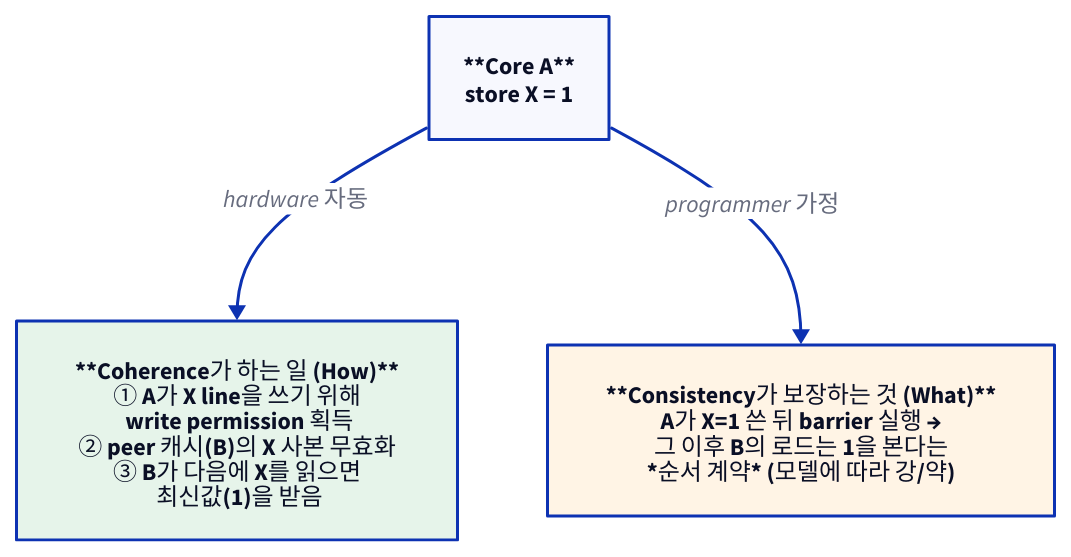
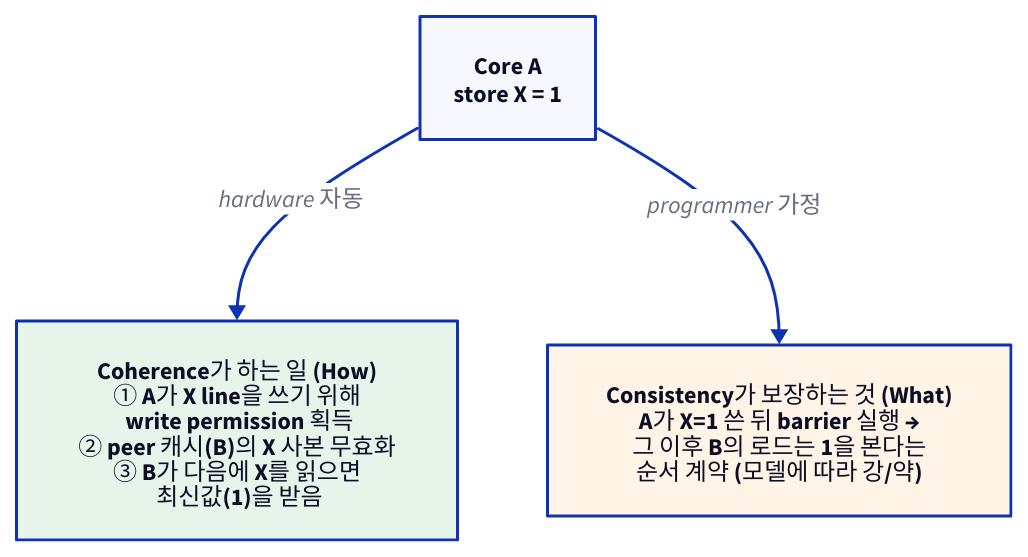
Before and after one commit to humbleowl39/DV_SKOOL: the second of 2 diagrams in starlight_site/src/content/docs/cache_coherence/01_consistency_vs_coherence.md, drawn with D2. The commit also changed other lines of this file and 714 other files, not shown here.

First line of the commit message:
fix(site): d2 다이어그램 가독성 결함 6종 일괄 수정

````diff
--- a/starlight_site/src/content/docs/cache_coherence/01_consistency_vs_coherence.md
+++ b/starlight_site/src/content/docs/cache_coherence/01_consistency_vs_coherence.md
@@ -81,15 +81,15 @@
 ```d2
 direction: down
 
-A: "**Core A**\nstore X = 1"
-COH_STEP: "**Coherence가 하는 일 (How)**\n① A가 X line을 쓰기 위해\n   write permission 획득\n② peer 캐시(B)의 X 사본 무효화\n③ B가 다음에 X를 읽으면\n   최신값(1)을 받음" {
+A: "Core A\nstore X = 1"
+COH_STEP: "Coherence가 하는 일 (How)\n① A가 X line을 쓰기 위해\n   write permission 획득\n② peer 캐시(B)의 X 사본 무효화\n③ B가 다음에 X를 읽으면\n   최신값(1)을 받음" {
   style.fill: "#e6f4ea"
   style.font-color: "#0A0F25"
 }
-CONS_STEP: "**Consistency가 보장하는 것 (What)**\nA가 X=1 쓴 뒤 barrier 실행 →\n그 이후 B의 로드는 1을 본다는\n*순서 계약* (모델에 따라 강/약)" {
+CONS_STEP: "Consistency가 보장하는 것 (What)\nA가 X=1 쓴 뒤 barrier 실행 →\n그 이후 B의 로드는 1을 본다는\n순서 계약 (모델에 따라 강/약)" {
   style.fill: "#fff4e5"
   style.font-color: "#0A0F25"
 }
 A -> COH_STEP: "hardware 자동"
 A -> CONS_STEP: "programmer 가정"
 ```
````
